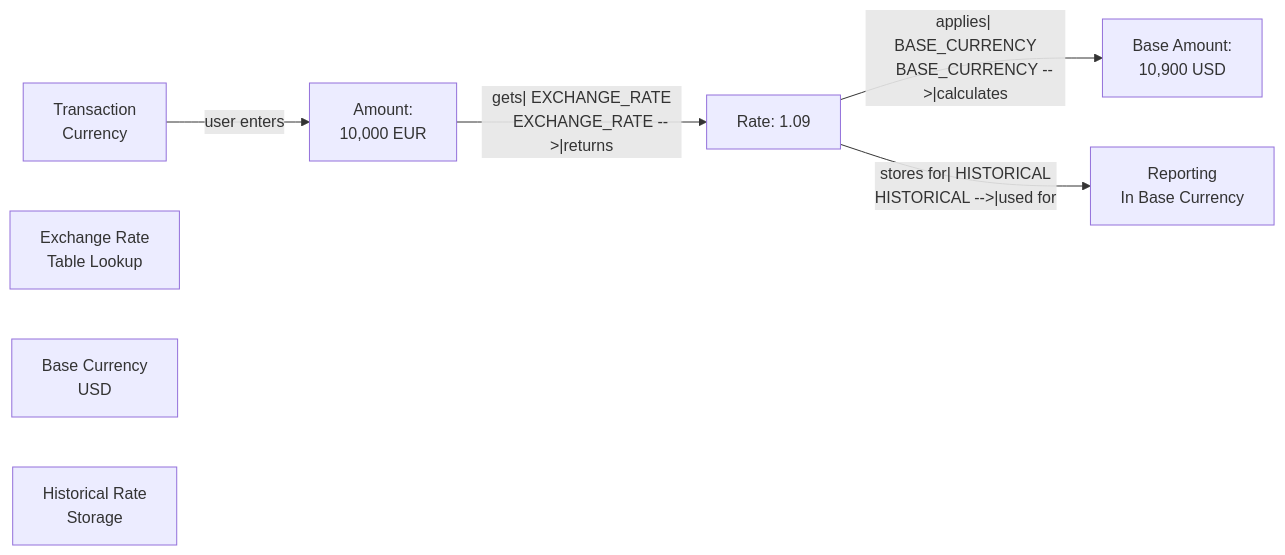
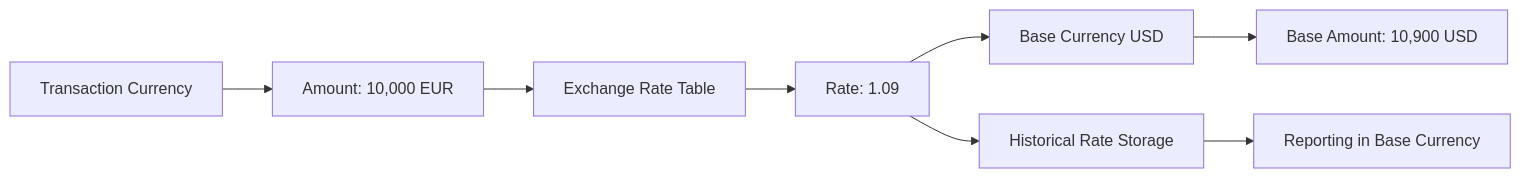
Diagram 15 of 15 in D365_Mermaid_Diagrams.md (JohnDevaSahayam/Dynamic-365-Database-Documentation), drawn with Mermaid before and after one commit. The commit also changed other lines of this file, not shown here.

Commit message:
mermaid diagram docment changes

````diff
--- a/D365_Mermaid_Diagrams.md
+++ b/D365_Mermaid_Diagrams.md
@@ -1770,32 +1350,24 @@
 ```mermaid
 flowchart LR
-    %% ==================== CURRENCY CONVERSION ====================
+    TRANSACTION["Transaction Currency"]
+    TRANSACTION_AMT["Amount: 10,000 EUR"]
+    EXCHANGE_RATE["Exchange Rate Table"]
+    RATE_VALUE["Rate: 1.09"]
+    BASE_CURRENCY["Base Currency USD"]
+    BASE_AMOUNT["Base Amount: 10,900 USD"]
+    HISTORICAL["Historical Rate Storage"]
+    REPORTING["Reporting in Base Currency"]
     
-    TRANSACTION["Transaction<br/>Currency"]
-    TRANSACTION_AMT["Amount:<br/>10,000 EUR"]
-    
-    EXCHANGE_RATE["Exchange Rate<br/>Table Lookup"]
-    RATE_VALUE["Rate: 1.09"]
-    
-    BASE_CURRENCY["Base Currency<br/>USD"]
-    BASE_AMOUNT["Base Amount:<br/>10,900 USD"]
-    
-    HISTORICAL["Historical Rate<br/>Storage"]
-    
-    REPORTING["Reporting<br/>In Base Currency"]
-    
-    %% Flow
-    TRANSACTION -->|"user enters"| TRANSACTION_AMT
-    TRANSACTION_AMT -->|"gets| EXCHANGE_RATE
-    EXCHANGE_RATE -->|"returns| RATE_VALUE
-    RATE_VALUE -->|"applies| BASE_CURRENCY
-    BASE_CURRENCY -->|"calculates| BASE_AMOUNT
-    
-    RATE_VALUE -->|"stores for| HISTORICAL
-    HISTORICAL -->|"used for| REPORTING
+    TRANSACTION --> TRANSACTION_AMT
+    TRANSACTION_AMT --> EXCHANGE_RATE
+    EXCHANGE_RATE --> RATE_VALUE
+    RATE_VALUE --> BASE_CURRENCY
+    BASE_CURRENCY --> BASE_AMOUNT
+    RATE_VALUE --> HISTORICAL
+    HISTORICAL --> REPORTING
     
     class TRANSACTION,TRANSACTION_AMT fill:#e3f2fd,stroke:#1565c0
     class EXCHANGE_RATE,RATE_VALUE fill:#c8e6c9,stroke:#2e7d32
     class BASE_CURRENCY,BASE_AMOUNT fill:#fff8e1,stroke:#ff8f00
     class HISTORICAL,REPORTING fill:#f3e5f5,stroke:#7b1fa2
 ```
````
